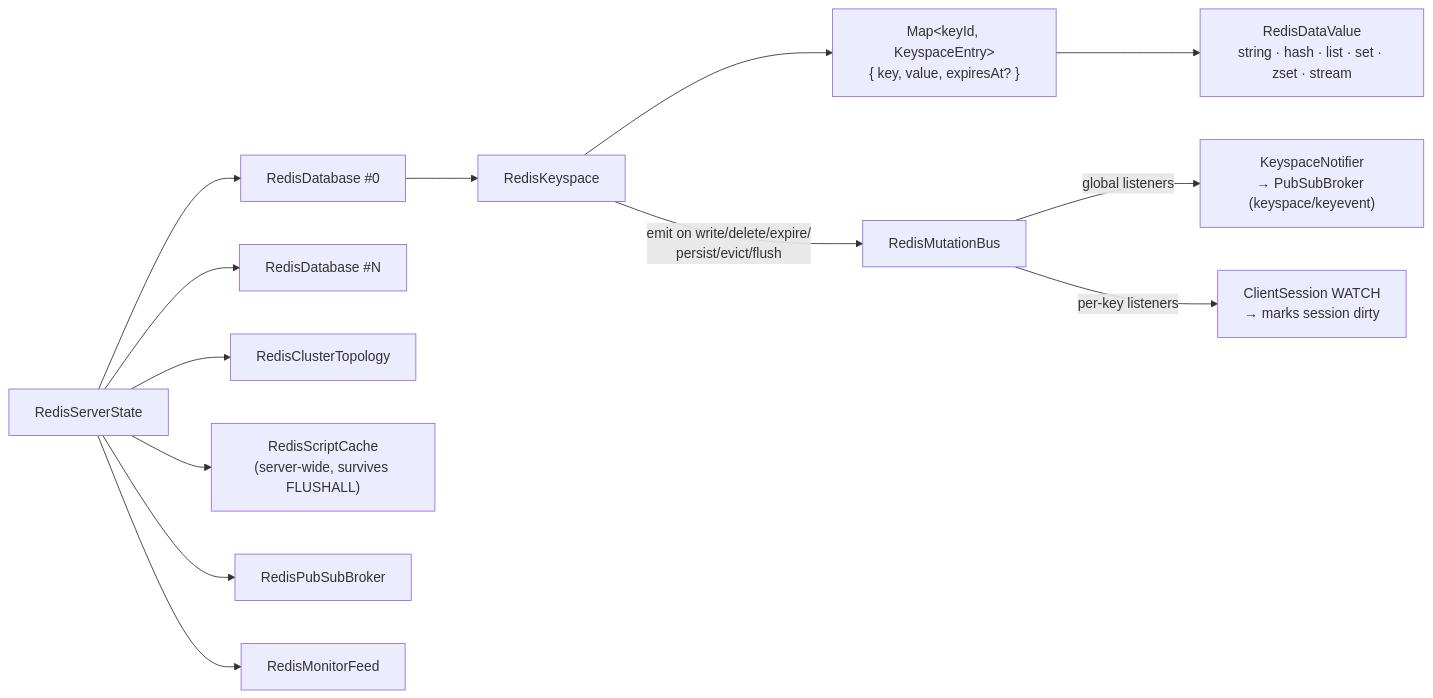
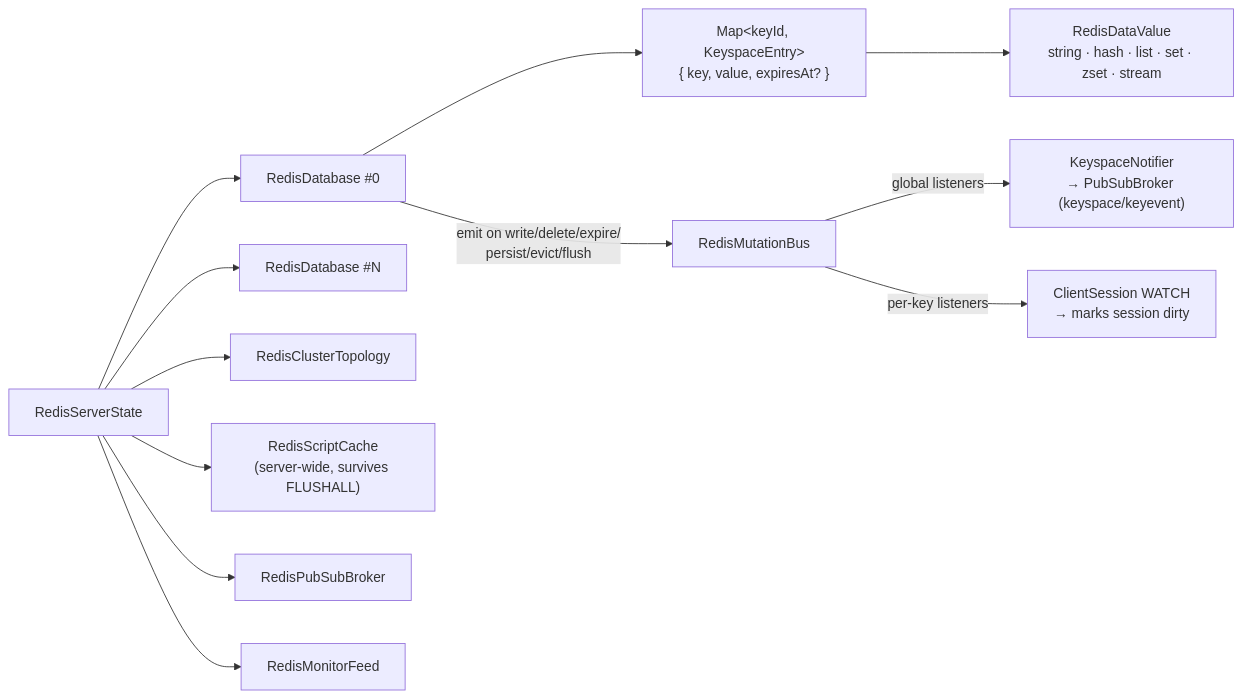
The sixth of 6 diagrams in docs/ARCHITECTURE.md (fatal10110/js-redis-server), drawn with Mermaid before and after one commit. The commit also changed other lines of this file and 8 other files, not shown here.

First line of the commit message:
refactor: collapse RedisKeyspace into RedisDatabase (#375)

````diff
--- a/docs/ARCHITECTURE.md
+++ b/docs/ARCHITECTURE.md
@@ -302,17 +300,16 @@
 ```mermaid
 flowchart LR
     SS[RedisServerState] --> RD0["RedisDatabase #0"]
     SS --> RD1["RedisDatabase #N"]
     SS --> CT[RedisClusterTopology]
     SS --> SCC["RedisScriptCache<br/>(server-wide, survives FLUSHALL)"]
     SS --> PB[RedisPubSubBroker]
     SS --> MF[RedisMonitorFeed]
 
-    RD0 --> KS[RedisKeyspace]
-    KS --> ME["Map&lt;keyId, KeyspaceEntry&gt;<br/>{ key, value, expiresAt? }"]
+    RD0 --> ME["Map&lt;keyId, KeyspaceEntry&gt;<br/>{ key, value, expiresAt? }"]
     ME --> DT["RedisDataValue<br/>string · hash · list · set · zset · stream"]
-    KS -- "emit on write/delete/expire/<br/>persist/evict/flush" --> MB[RedisMutationBus]
+    RD0 -- "emit on write/delete/expire/<br/>persist/evict/flush" --> MB[RedisMutationBus]
 
     MB -- "global listeners" --> KN["KeyspaceNotifier<br/>→ PubSubBroker (keyspace/keyevent)"]
     MB -- "per-key listeners" --> WL["ClientSession WATCH<br/>→ marks session dirty"]
 ```
````
